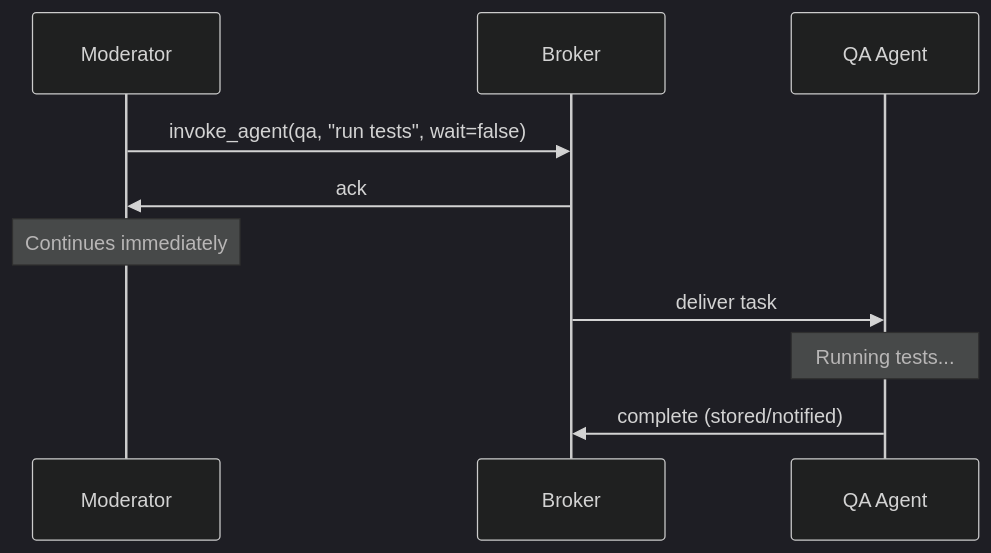
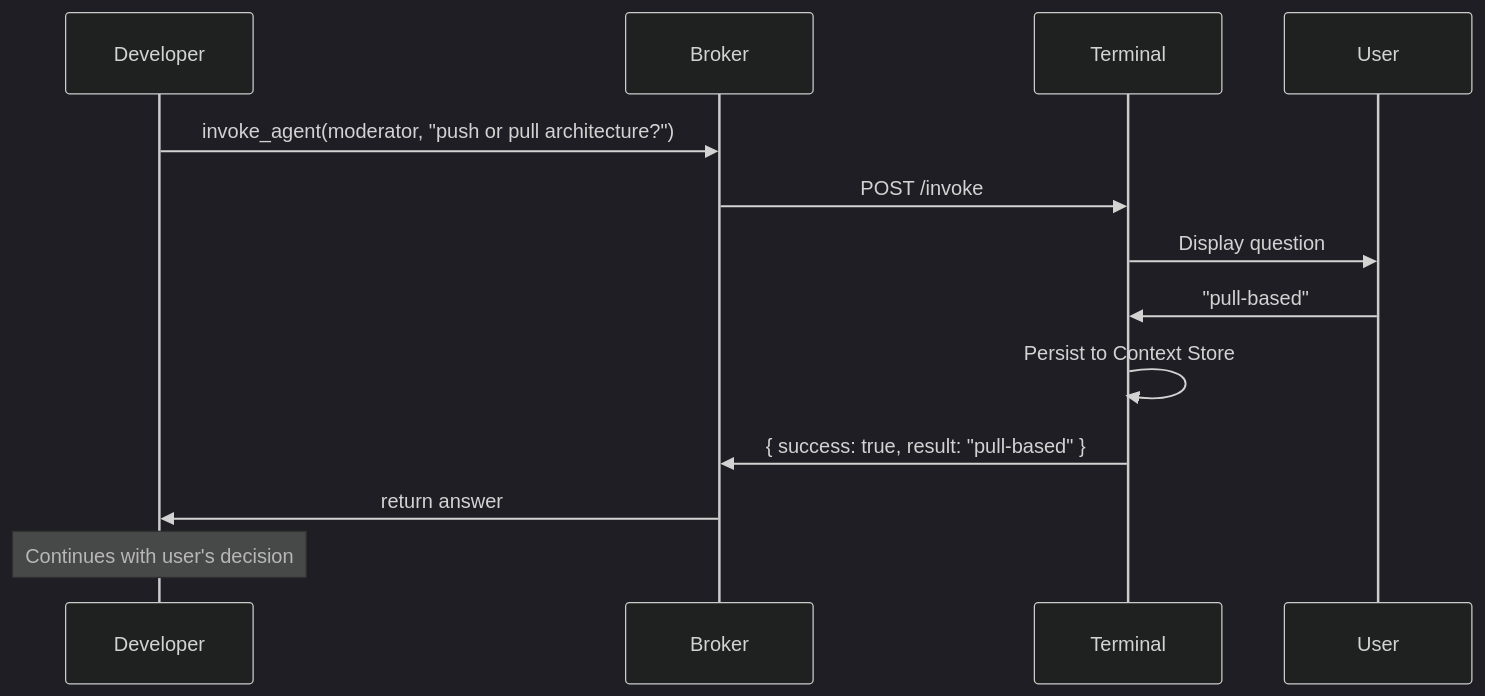
The seventh of 7 diagrams in docs/agent-messaging.md (ia64mail/quorum), drawn with Mermaid (dark theme) before and after one commit. The commit also changed other lines of this file and 1 other file, not shown here.

Commit message:
Enhance documentation to include Claude Code SDK integration with MCP orchestration, depth tracking, circular call safeguards, role-based timeouts, and updated diagrams for agent communication and message delivery paths.

````diff
--- a/docs/agent-messaging.md
+++ b/docs/agent-messaging.md
@@ -145,13 +178,16 @@
 ```mermaid
 sequenceDiagram
-    participant M as Moderator
+    participant D as Developer
     participant B as Broker
-    participant QA as QA Agent
+    participant T as Terminal
+    participant U as User
 
-    M->>B: invoke_agent(qa, "run tests", wait=false)
-    B->>M: ack
-    Note over M: Continues immediately
-    B->>QA: deliver task
-    Note over QA: Running tests...
-    QA->>B: complete (stored/notified)
+    D->>B: invoke_agent(moderator, "push or pull architecture?")
+    B->>T: POST /invoke
+    T->>U: Display question
+    U->>T: "pull-based"
+    T->>T: Persist to Context Store
+    T->>B: { success: true, result: "pull-based" }
+    B->>D: return answer
+    Note over D: Continues with user's decision
 ```
````
